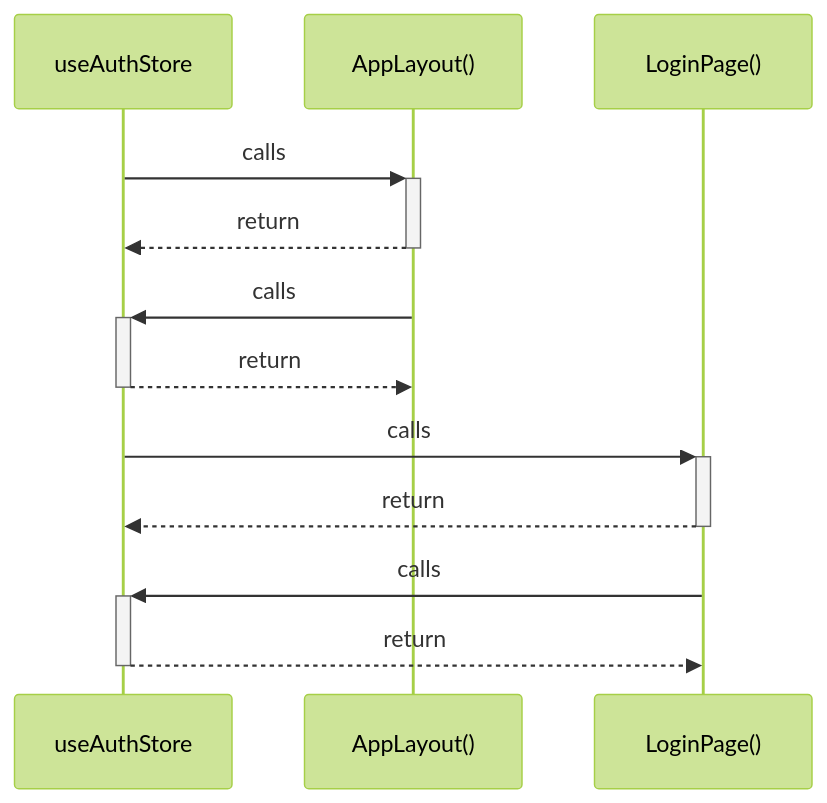
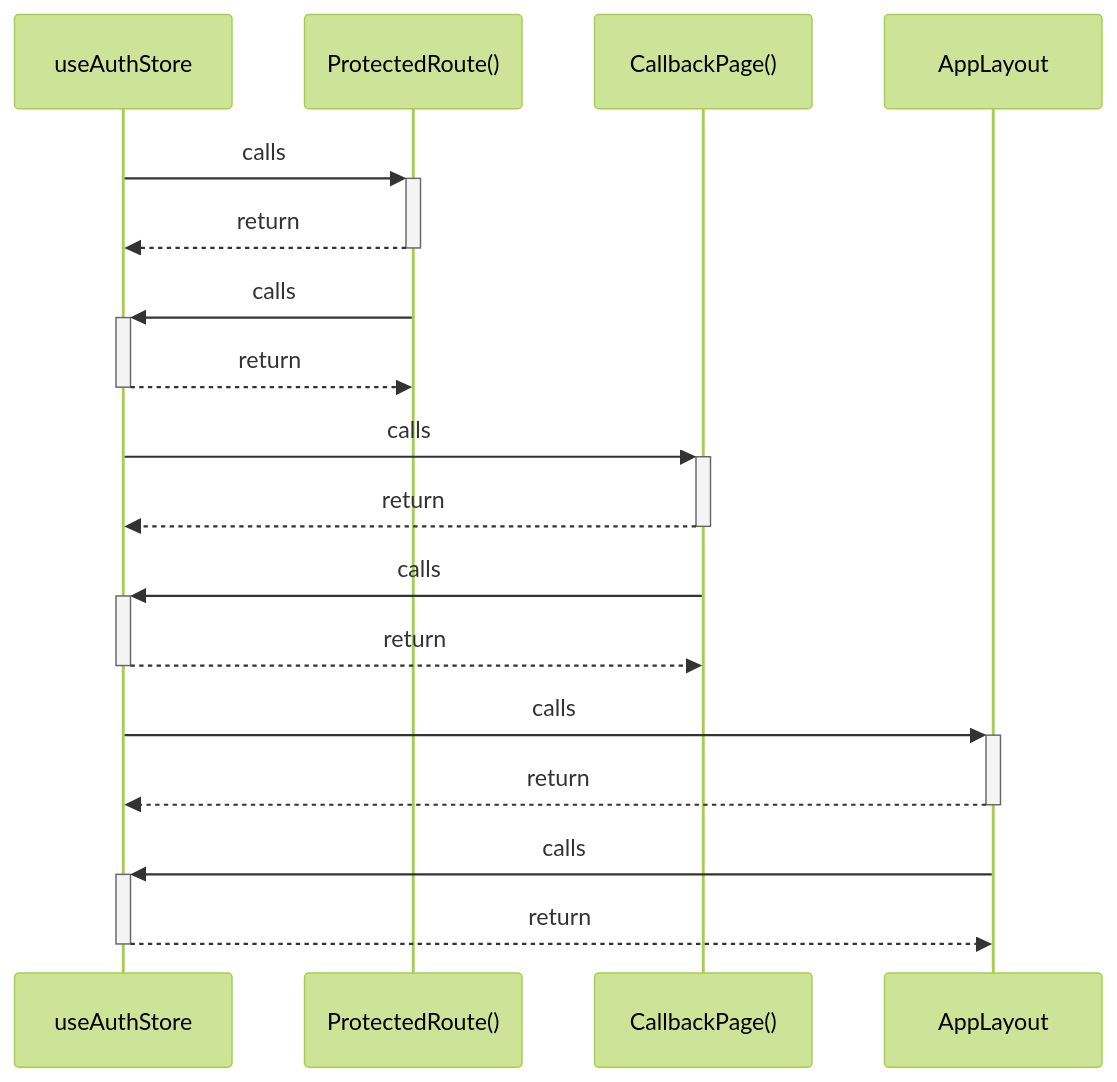
One commit to FY72X9/i-can-app changed the diagram in graphify-out/wiki/useAuthStore.md. Above: the diagram before and after it, drawn with Mermaid (forest theme). The commit also changed other lines of this file and 32 other files, not shown here.

Commit message:
feat: add authentication pages, navigation components, and generate graph-based documentation for project architecture

````diff
--- a/graphify-out/wiki/useAuthStore.md
+++ b/graphify-out/wiki/useAuthStore.md
@@ -7,14 +7,19 @@
 ```mermaid
 sequenceDiagram
     participant P0 as useAuthStore
-    participant P1 as AppLayout()
-    participant P2 as LoginPage()
+    participant P1 as ProtectedRoute()
+    participant P2 as CallbackPage()
+    participant P3 as AppLayout
     P0->>+ P1: calls
     P1-->>- P0: return
     P1->>+ P0: calls
     P0-->>- P1: return
     P0->>+ P2: calls
     P2-->>- P0: return
     P2->>+ P0: calls
     P0-->>- P2: return
+    P0->>+ P3: calls
+    P3-->>- P0: return
+    P3->>+ P0: calls
+    P0-->>- P3: return
 ```
````
